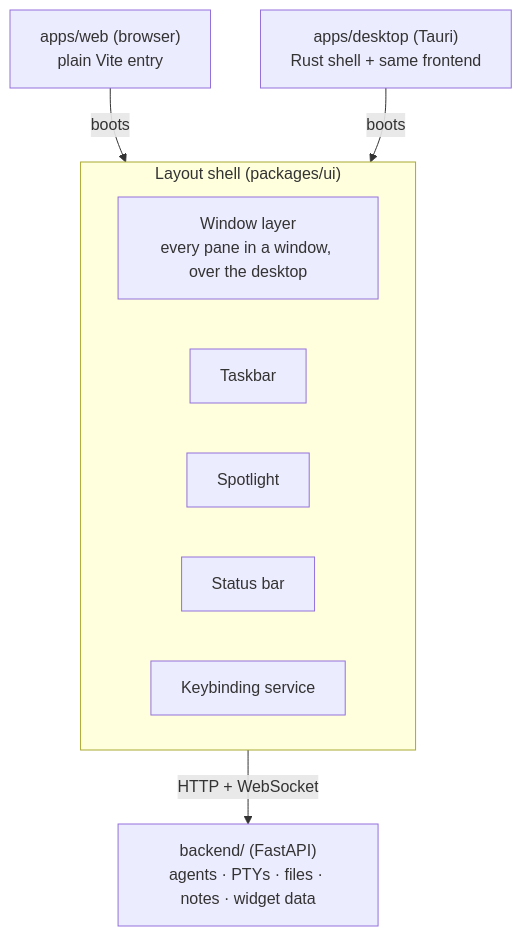
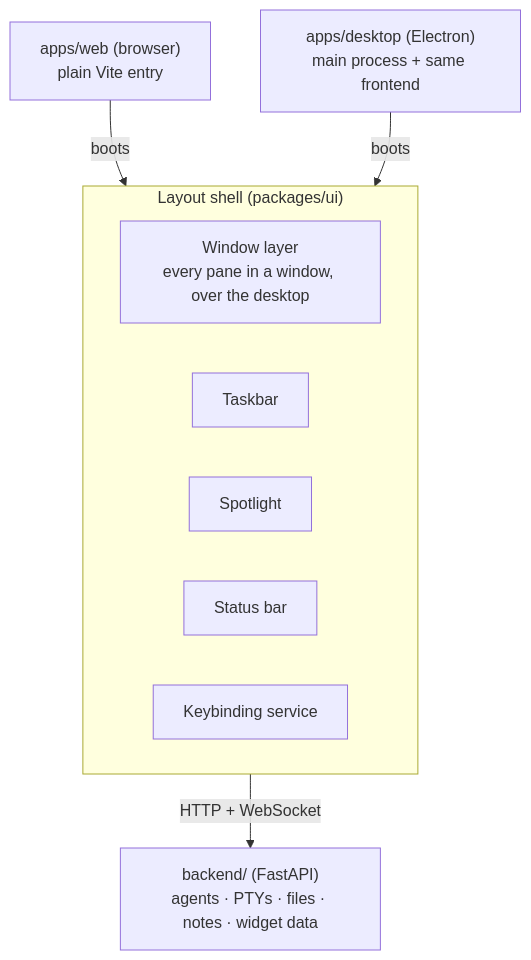
The diagram in docs/architecture/layout-shell.mdx (ConstCorrectness/horrible-dashboard), drawn with Mermaid before and after one commit. The commit also changed other lines of this file and 37 other files, not shown here.

First line of the commit message:
feat(desktop): release pipeline, docs and dev launcher for the Electron shell

````diff
--- a/docs/architecture/layout-shell.mdx
+++ b/docs/architecture/layout-shell.mdx
@@ -13,14 +13,14 @@
 ```mermaid
 flowchart TB
     subgraph Shell["Layout shell (packages/ui)"]
         direction LR
         WL["Window layer<br/>every pane in a window, over the desktop"]
         TB["Taskbar"]
         CP["Spotlight"]
         SB["Status bar"]
         KB["Keybinding service"]
     end
     Web["apps/web (browser)<br/>plain Vite entry"] -->|boots| Shell
-    Desk["apps/desktop (Tauri)<br/>Rust shell + same frontend"] -->|boots| Shell
+    Desk["apps/desktop (Electron)<br/>main process + same frontend"] -->|boots| Shell
     Shell -->|"HTTP + WebSocket"| BE["backend/ (FastAPI)<br/>agents · PTYs · files · notes · widget data"]
 ```
````
